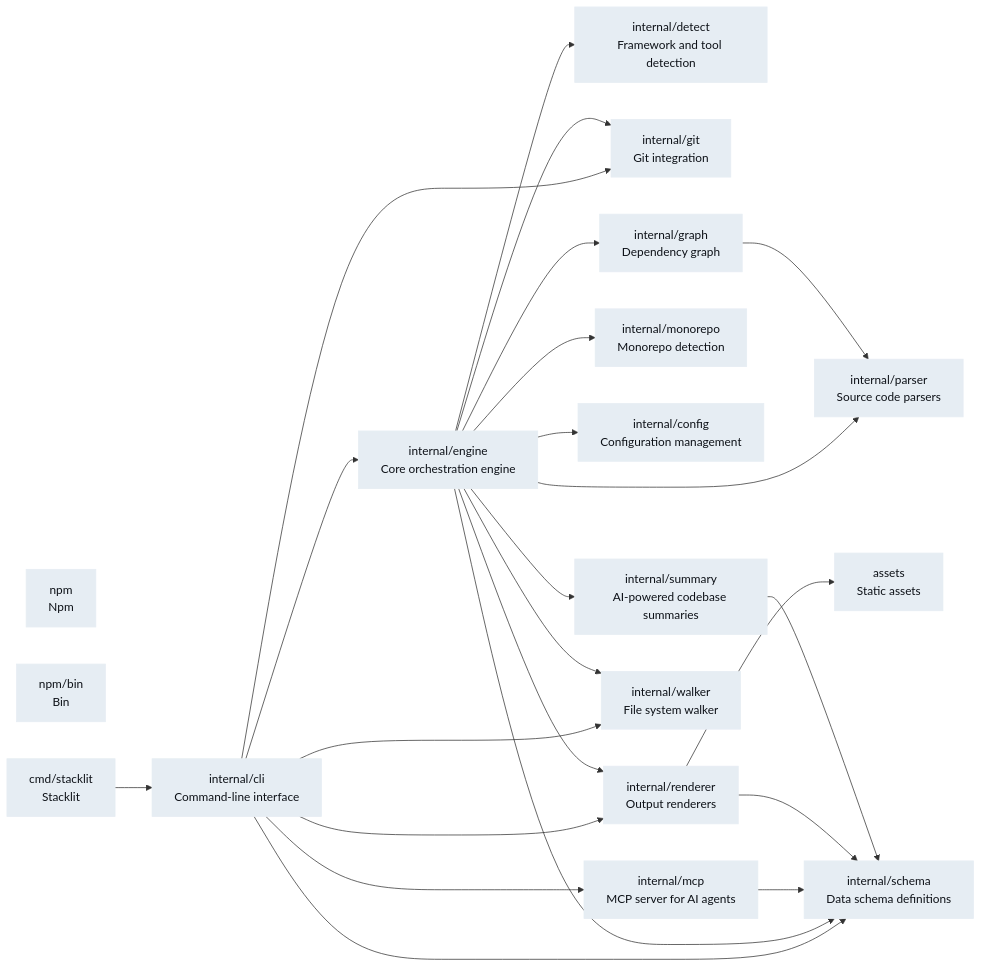
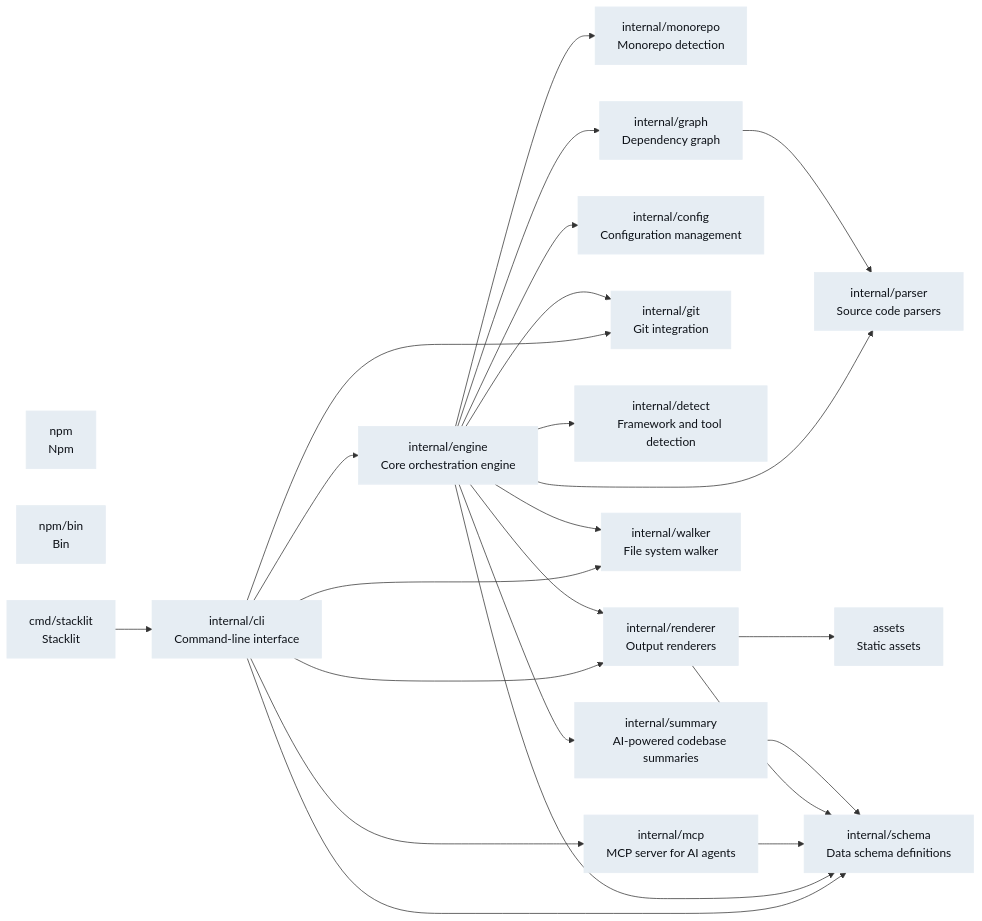
Before and after one commit to atharvasingh7007/stacklit: the diagram in stacklit.mmd, drawn with Mermaid. The commit also changed other lines of this file and 9 other files, not shown here.

```diff
--- a/stacklit.mmd
+++ b/stacklit.mmd
@@ -1,46 +1,46 @@
 graph LR
+  classDef python fill:#b1bac4,color:#0d1117,stroke:#b1bac4
+  classDef rust fill:#a5b3bf,color:#0d1117,stroke:#a5b3bf
   classDef go fill:#e6edf3,color:#0d1117,stroke:#e6edf3
   classDef javascript fill:#c9d1d9,color:#0d1117,stroke:#c9d1d9
   classDef java fill:#8b949e,color:#0d1117,stroke:#8b949e
   classDef typescript fill:#c9d1d9,color:#0d1117,stroke:#c9d1d9
-  classDef python fill:#b1bac4,color:#0d1117,stroke:#b1bac4
-  classDef rust fill:#a5b3bf,color:#0d1117,stroke:#a5b3bf
-  internal_cli["internal/cli\nCommand-line interface"]:::go
-  internal_detect["internal/detect\nFramework and tool detection"]:::go
-  internal_git["internal/git\nGit integration"]:::go
-  internal_mcp["internal/mcp\nMCP server for AI agents"]:::go
-  internal_monorepo["internal/monorepo\nMonorepo detection"]:::go
-  internal_config["internal/config\nConfiguration management"]:::go
-  internal_renderer["internal/renderer\nOutput renderers"]:::go
-  internal_summary["internal/summary\nAI-powered codebase summaries"]:::go
-  internal_walker["internal/walker\nFile system walker"]:::go
-  npm["npm\nNpm"]:::go
   assets["assets\nStatic assets"]:::go
   internal_engine["internal/engine\nCore orchestration engine"]:::go
+  internal_monorepo["internal/monorepo\nMonorepo detection"]:::go
+  internal_summary["internal/summary\nAI-powered codebase summaries"]:::go
+  internal_cli["internal/cli\nCommand-line interface"]:::go
+  internal_config["internal/config\nConfiguration management"]:::go
+  internal_git["internal/git\nGit integration"]:::go
   internal_parser["internal/parser\nSource code parsers"]:::go
   internal_schema["internal/schema\nData schema definitions"]:::go
-  internal_graph["internal/graph\nDependency graph"]:::go
+  npm["npm\nNpm"]:::go
+  internal_detect["internal/detect\nFramework and tool detection"]:::go
+  internal_mcp["internal/mcp\nMCP server for AI agents"]:::go
+  internal_walker["internal/walker\nFile system walker"]:::go
   npm_bin["npm/bin\nBin"]:::go
   cmd_stacklit["cmd/stacklit\nStacklit"]:::go
+  internal_graph["internal/graph\nDependency graph"]:::go
+  internal_renderer["internal/renderer\nOutput renderers"]:::go
   cmd_stacklit --> internal_cli
   internal_cli --> internal_engine
   internal_cli --> internal_git
   internal_cli --> internal_mcp
   internal_cli --> internal_renderer
   internal_cli --> internal_schema
   internal_cli --> internal_walker
   internal_engine --> internal_config
   internal_engine --> internal_detect
   internal_engine --> internal_git
   internal_engine --> internal_graph
   internal_engine --> internal_monorepo
   internal_engine --> internal_parser
   internal_engine --> internal_renderer
   internal_engine --> internal_schema
   internal_engine --> internal_summary
   internal_engine --> internal_walker
   internal_graph --> internal_parser
   internal_mcp --> internal_schema
   internal_renderer --> assets
   internal_renderer --> internal_schema
   internal_summary --> internal_schema
```
